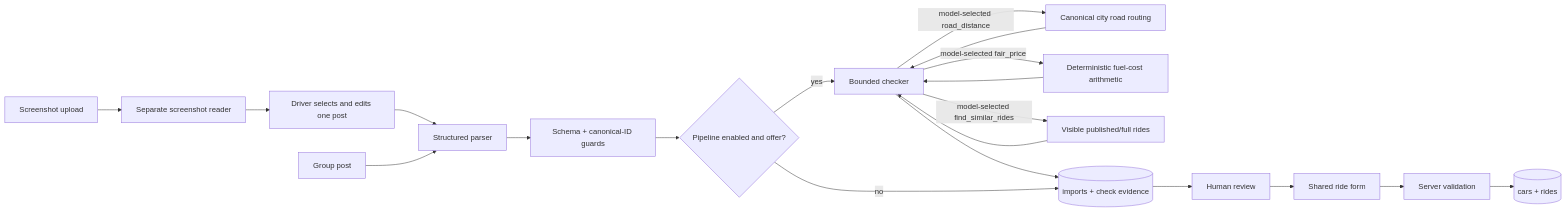
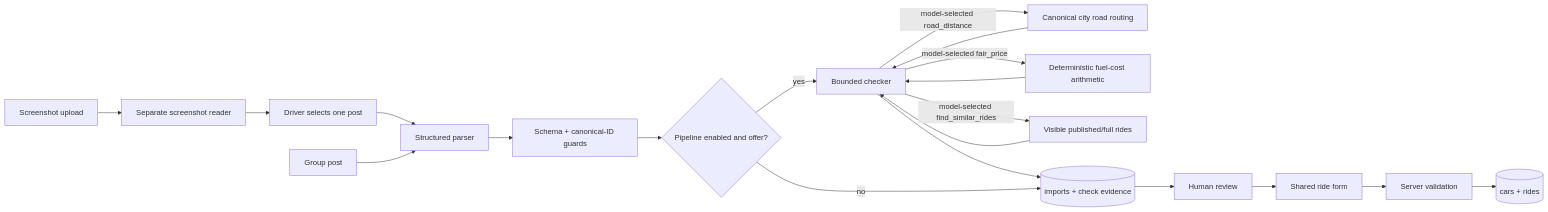
Before and after one commit to gavro081/ajde: the second of 2 diagrams in README.md, drawn with Mermaid. The commit also changed other lines of this file and 7 other files, not shown here.

````diff
--- a/README.md
+++ b/README.md
@@ -67,22 +67,22 @@
 ```mermaid
 flowchart LR
   Screenshot[Screenshot upload] --> Reader[Separate screenshot reader]
-  Reader --> Selection[Driver selects and edits one post]
+  Reader --> Selection[Driver selects one post]
   Selection --> Parse
   Post[Group post] --> Parse[Structured parser]
   Parse --> Validate[Schema + canonical-ID guards]
   Validate --> Flag{Pipeline enabled and offer?}
   Flag -->|yes| Checker[Bounded checker]
   Checker -->|model-selected road_distance| Road[Canonical city road routing]
   Road --> Checker
   Checker -->|model-selected fair_price| Price[Deterministic fuel-cost arithmetic]
   Price --> Checker
   Checker -->|model-selected find_similar_rides| Similar[Visible published/full rides]
   Similar --> Checker
   Checker --> Import[(imports + check evidence)]
   Flag -->|no| Import
   Import --> Review[Human review]
   Review --> Form[Shared ride form]
   Form --> Server[Server validation]
   Server --> Ride[(cars + rides)]
 ```
````
